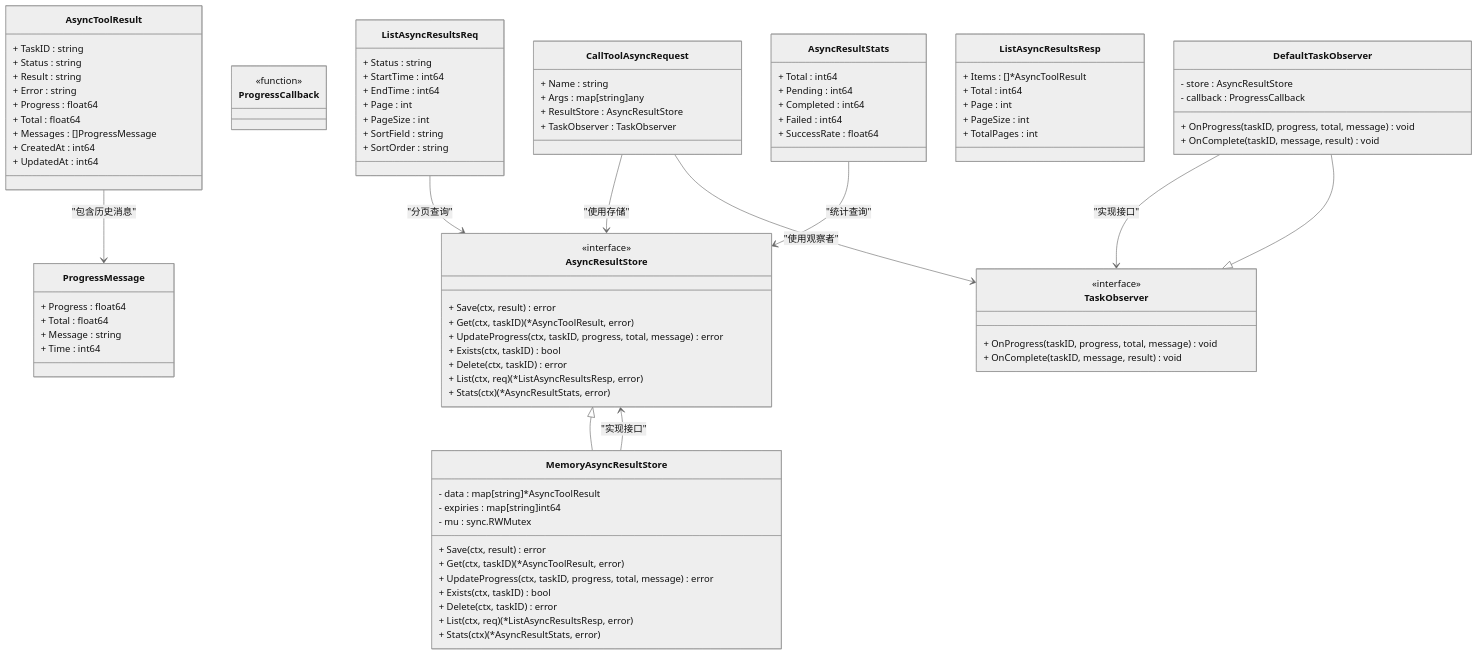
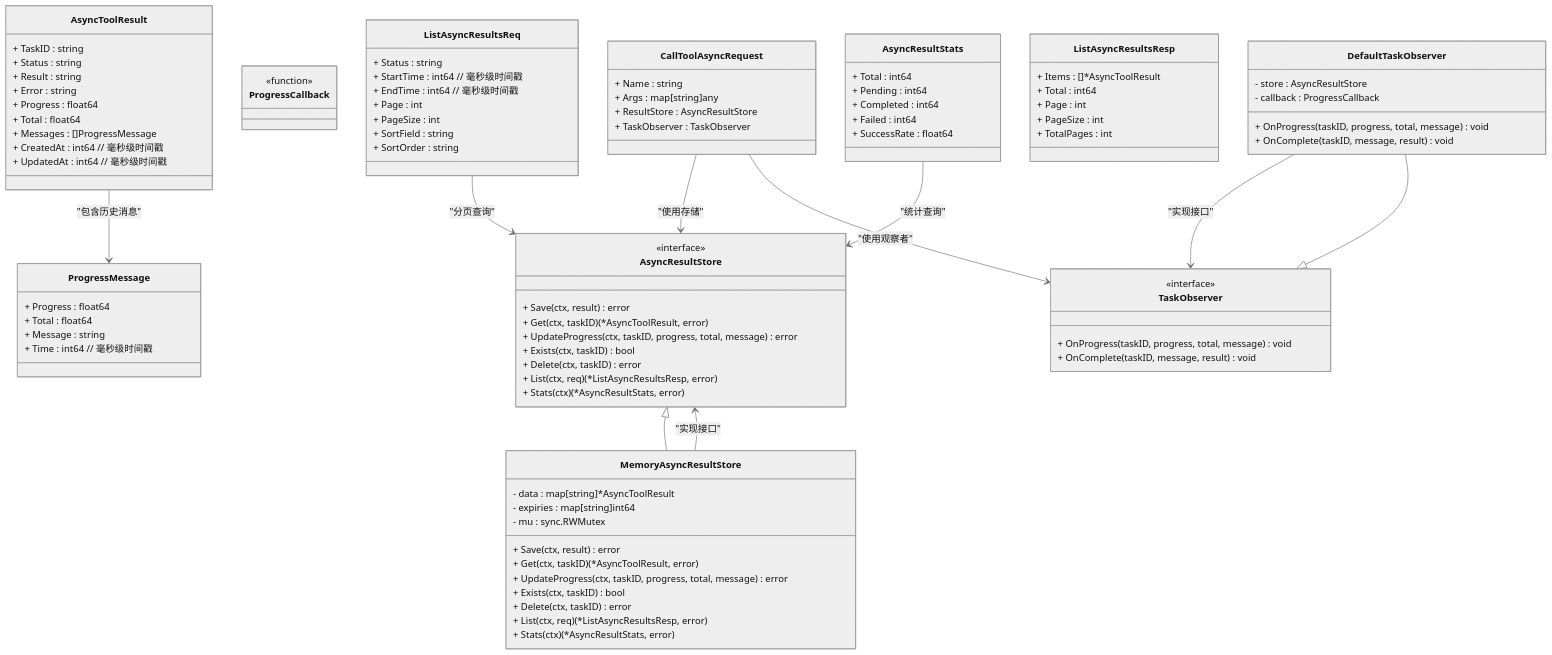
Before and after one commit to maomao94/zero-service: diagram 26 of 36 in .qoder/repowiki/zh/content/核心服务详解/Mcpx客户端包.md, drawn with Mermaid (neutral theme). The commit also changed other lines of this file and 59 other files, not shown here.

```diff
--- a/.qoder/repowiki/zh/content/核心服务详解/Mcpx客户端包.md
+++ b/.qoder/repowiki/zh/content/核心服务详解/Mcpx客户端包.md
@@ -1127,14 +1132,14 @@
 + Progress : float64
 + Total : float64
 + Messages : []ProgressMessage
-+ CreatedAt : int64
-+ UpdatedAt : int64
++ CreatedAt : int64 // 毫秒级时间戳
++ UpdatedAt : int64 // 毫秒级时间戳
 }
 class ProgressMessage {
 + Progress : float64
 + Total : float64
 + Message : string
-+ Time : int64
++ Time : int64 // 毫秒级时间戳
 }
 class AsyncResultStore {
 <<interface>>
@@ -1175,8 +1180,8 @@
 }
 class ListAsyncResultsReq {
 + Status : string
-+ StartTime : int64
-+ EndTime : int64
++ StartTime : int64 // 毫秒级时间戳
++ EndTime : int64 // 毫秒级时间戳
 + Page : int
 + PageSize : int
 + SortField : string
```
